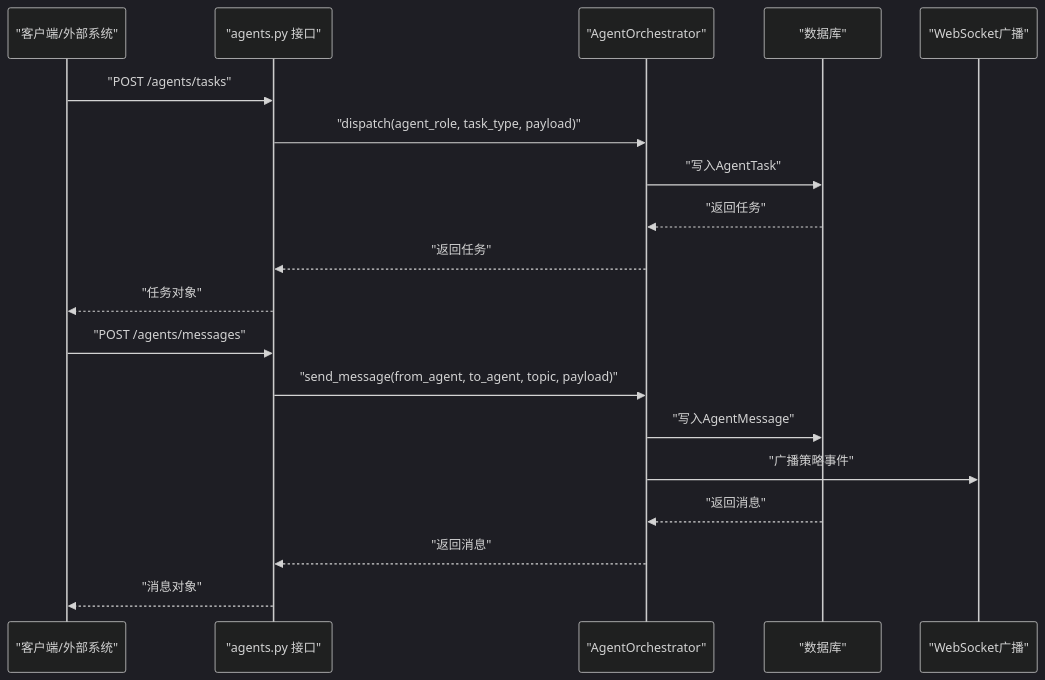
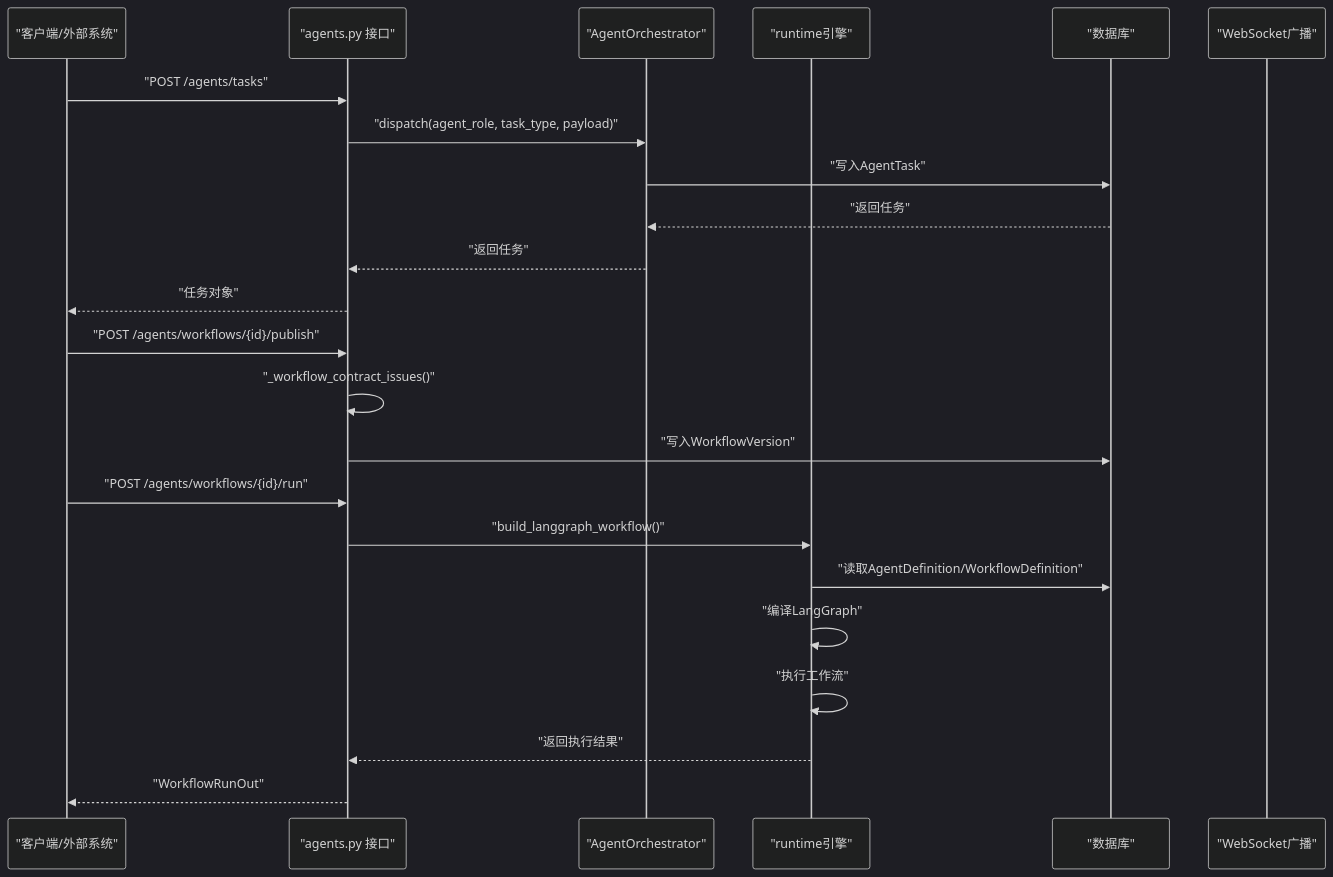
Before and after one commit to javelin-dot/llmine-quant: the second of 10 diagrams in .qoder/repowiki/zh/content/后端开发指南/服务层开发/策略生成服务/AI Agent协调机制.md, drawn with Mermaid (dark theme). The commit also changed other lines of this file and 19 other files, not shown here.

````diff
--- a/.qoder/repowiki/zh/content/后端开发指南/服务层开发/策略生成服务/AI Agent协调机制.md
+++ b/.qoder/repowiki/zh/content/后端开发指南/服务层开发/策略生成服务/AI Agent协调机制.md
@@ -102,21 +135,25 @@
 ```mermaid
 sequenceDiagram
 participant Client as "客户端/外部系统"
 participant API as "agents.py 接口"
 participant Orchestrator as "AgentOrchestrator"
+participant Runtime as "runtime引擎"
 participant DB as "数据库"
 participant WS as "WebSocket广播"
 Client->>API : "POST /agents/tasks"
 API->>Orchestrator : "dispatch(agent_role, task_type, payload)"
 Orchestrator->>DB : "写入AgentTask"
 DB-->>Orchestrator : "返回任务"
 Orchestrator-->>API : "返回任务"
 API-->>Client : "任务对象"
-Client->>API : "POST /agents/messages"
-API->>Orchestrator : "send_message(from_agent, to_agent, topic, payload)"
-Orchestrator->>DB : "写入AgentMessage"
-Orchestrator->>WS : "广播策略事件"
-DB-->>Orchestrator : "返回消息"
-Orchestrator-->>API : "返回消息"
-API-->>Client : "消息对象"
+Client->>API : "POST /agents/workflows/{id}/publish"
+API->>API : "_workflow_contract_issues()"
+API->>DB : "写入WorkflowVersion"
+Client->>API : "POST /agents/workflows/{id}/run"
+API->>Runtime : "build_langgraph_workflow()"
+Runtime->>DB : "读取AgentDefinition/WorkflowDefinition"
+Runtime->>Runtime : "编译LangGraph"
+Runtime->>Runtime : "执行工作流"
+Runtime-->>API : "返回执行结果"
+API-->>Client : "WorkflowRunOut"
 ```
````
